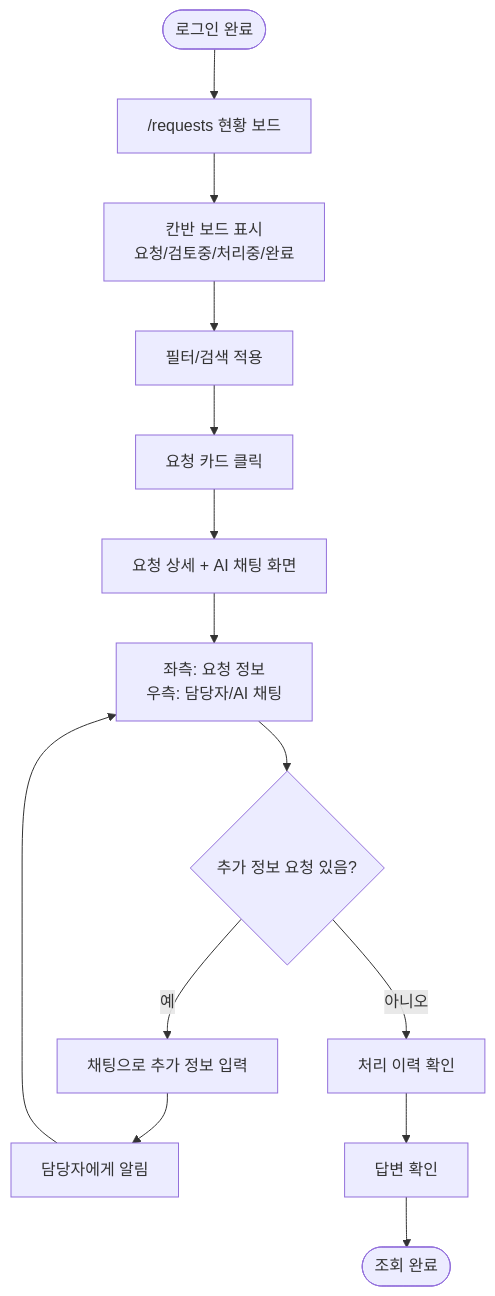
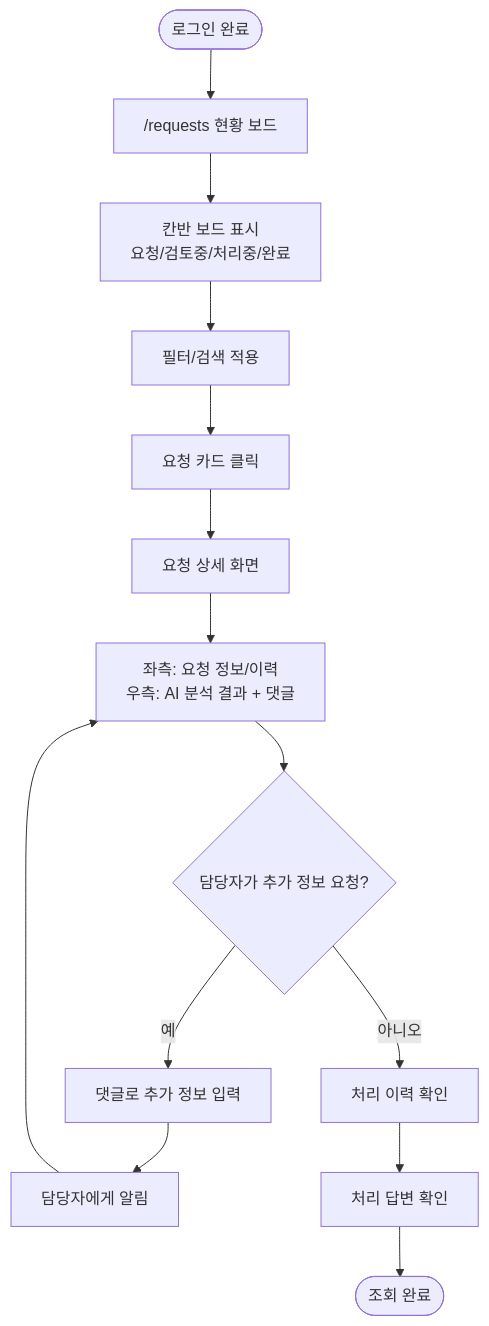
One commit to marxsourcing/ktestate-itsm changed the fourth of 11 diagrams in manager/plan/requirements/04_유저플로우.md. Above: the diagram before and after it, drawn with Mermaid. The commit also changed other lines of this file and 14 other files, not shown here.

````diff
--- a/manager/plan/requirements/04_유저플로우.md
+++ b/manager/plan/requirements/04_유저플로우.md
@@ -158,22 +160,22 @@
 ```mermaid
 flowchart TD
     A([로그인 완료])
     
     A --> B["/requests" 현황 보드]
     B --> C[칸반 보드 표시<br/>요청/검토중/처리중/완료]
     
     C --> D[필터/검색 적용]
     D --> E[요청 카드 클릭]
     
-    E --> F[요청 상세 + AI 채팅 화면]
-    F --> G[좌측: 요청 정보<br/>우측: 담당자/AI 채팅]
+    E --> F[요청 상세 화면]
+    F --> G[좌측: 요청 정보/이력<br/>우측: AI 분석 결과 + 댓글]
     
-    G --> H{추가 정보 요청 있음?}
-    H -->|예| I[채팅으로 추가 정보 입력]
+    G --> H{담당자가 추가 정보 요청?}
+    H -->|예| I[댓글로 추가 정보 입력]
     I --> J[담당자에게 알림]
     J --> G
     
     H -->|아니오| K[처리 이력 확인]
-    K --> L[답변 확인]
+    K --> L[처리 답변 확인]
     L --> M([조회 완료])
 ```
````
